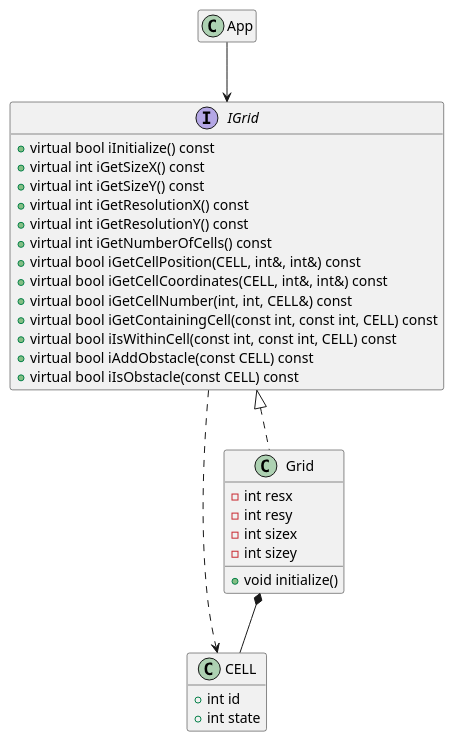
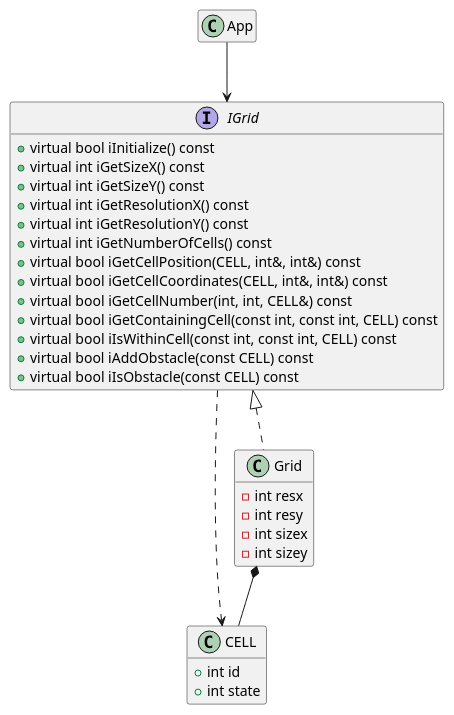
Before and after one commit to kanmeugne/kanmeugne.github.io: the fourth of 5 diagrams in _posts/dev/2020-09-29-sfml-2d-grid.md, drawn with PlantUML. The commit also changed other lines of this file, not shown here.

Commit message:
add code and uml diagrams

```diff
--- a/_posts/dev/2020-09-29-sfml-2d-grid.md
+++ b/_posts/dev/2020-09-29-sfml-2d-grid.md
@@ -218,45 +215,44 @@
 {% plantuml %}
-
 @startuml
 class App {
     + {static} const int DEFAULT_HEIGHT
     + {static} const int DEFAULT_WIDTH
     + {static} const int DEFAULT_RESX
     + {static} const int DEFAULT_RESY
     + void run()
     + void display()
 }
 class CELL {
     + int id
     + int state
 }
 interface IGrid {
     + virtual bool iInitialize() const
     + virtual int iGetSizeX() const
     + virtual int iGetSizeY() const
     + virtual int iGetResolutionX() const
     + virtual int iGetResolutionY() const
     + virtual int iGetNumberOfCells() const
     + virtual bool iGetCellPosition(CELL, int&, int&) const
     + virtual bool iGetCellCoordinates(CELL, int&, int&) const
     + virtual bool iGetCellNumber(int, int, CELL&) const
     + virtual bool iGetContainingCell(const int, const int, CELL) const
     + virtual bool iIsWithinCell(const int, const int, CELL) const
     + virtual bool iAddObstacle(const CELL) const
     + virtual bool iIsObstacle(const CELL) const
 }
 class Grid implements IGrid {
     - int resx
     - int resy
     - int sizex
     - int sizey
-    + void initialize()
 }
 IGrid ..> CELL
 Grid *-- CELL
 App --> IGrid
 hide App members
 hide IGrid fields
 hide CELL methods
+hide Grid methods
 @enduml
 {% endplantuml %}
```
